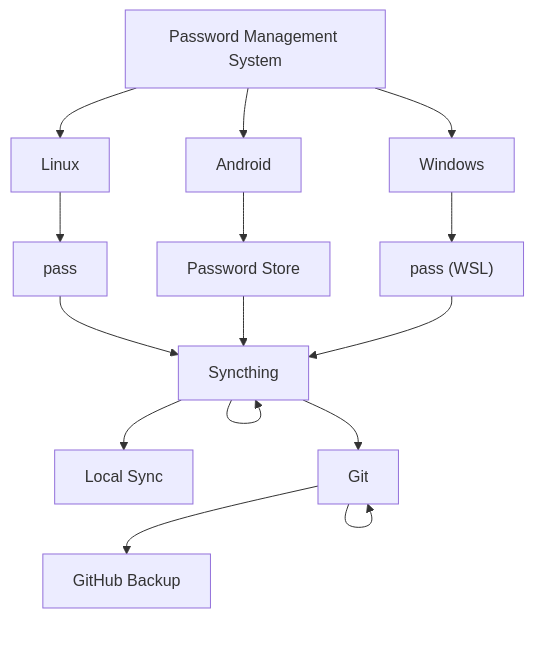
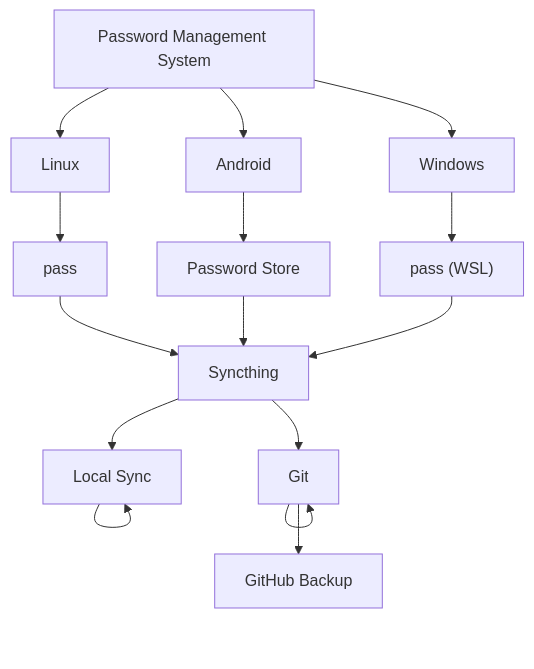
Before and after one commit to salastro/universal-notes: the diagram in Password Management System.md, drawn with Mermaid. The commit also changed 2 other files, not shown here.

Commit message:
vault update (3): 2024-09-02 15:31:40
Affected files:
.obsidian/workspace.json
Password Management System.md
pass.md

````diff
--- a/Password Management System.md
+++ b/Password Management System.md
@@ -1,17 +1,17 @@
 ```mermaid
-graph TD
+graph TB
     A[Password Management System] --> B[Linux]
     A --> D[Android]
     A --> C[Windows]
     B --> E[pass]
     D --> F[Password Store]
     C --> G["pass (WSL)"]
     E --> I[Syncthing]
     F --> I
     G --> I
-    I --> I
     I --> J[Local Sync]
+	J --> J
     I --> K[Git]
     K --> K
     K --> L[GitHub Backup]
 ```
````
